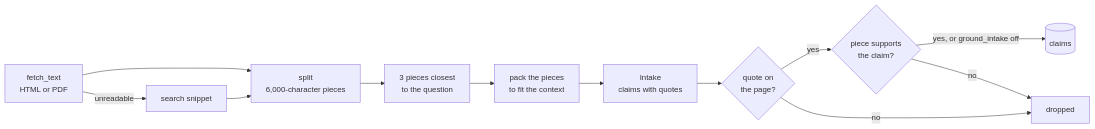
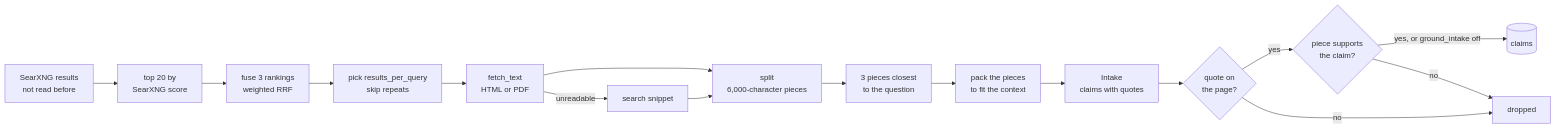
The fourth of 5 diagrams in docs/research.md (brewcoua/kvasir), drawn with Mermaid before and after one commit. The commit also changed other lines of this file and 10 other files, not shown here.

First line of the commit message:
feat(research): pick search results by fused ranking before reading

````diff
--- a/docs/research.md
+++ b/docs/research.md
@@ -280,21 +283,26 @@
 ```mermaid
 flowchart LR
+    search["SearXNG results<br/>not read before"]
+    pool["top 20 by<br/>SearXNG score"]
+    fuse["fuse 3 rankings<br/>weighted RRF"]
+    pick["pick results_per_query<br/>skip repeats"]
     fetch["fetch_text<br/>HTML or PDF"]
     snippet["search snippet"]
     split["split<br/>6,000-character pieces"]
     filter["3 pieces closest<br/>to the question"]
     pack["pack the pieces<br/>to fit the context"]
     intake["Intake<br/>claims with quotes"]
     quote{"quote on<br/>the page?"}
     ground{"piece supports<br/>the claim?"}
     store[("claims")]
     drop["dropped"]
 
+    search --> pool --> fuse --> pick --> fetch
     fetch --> split
     fetch -- unreadable --> snippet --> split
     split --> filter --> pack --> intake --> quote
     quote -- yes --> ground
     quote -- no --> drop
     ground -- yes, or ground_intake off --> store
     ground -- no --> drop
 ```
````
